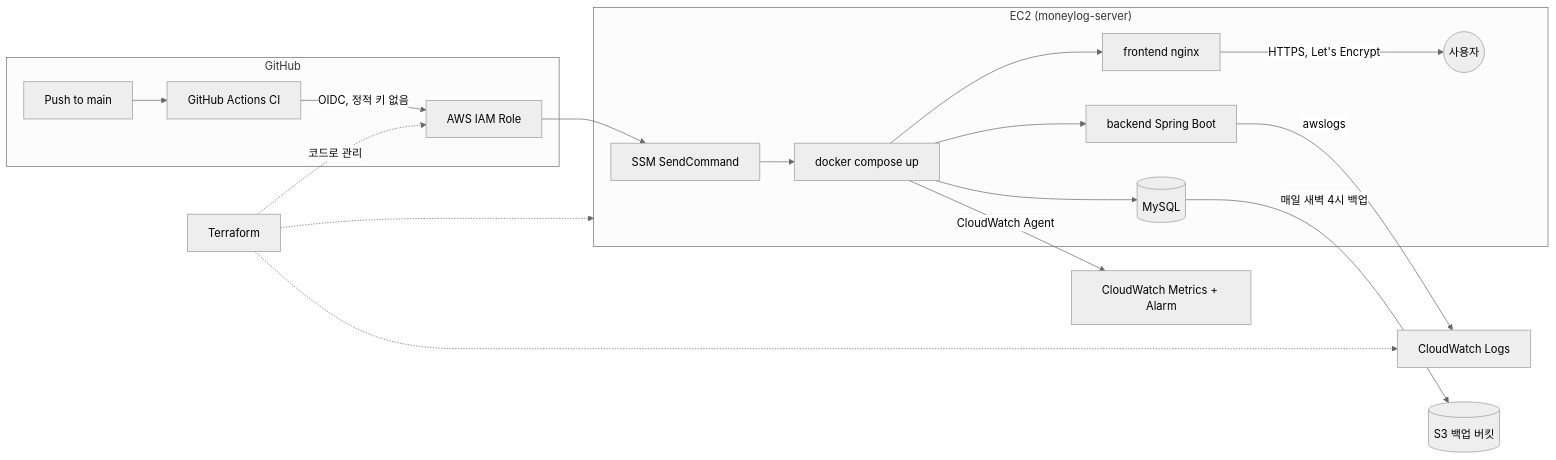
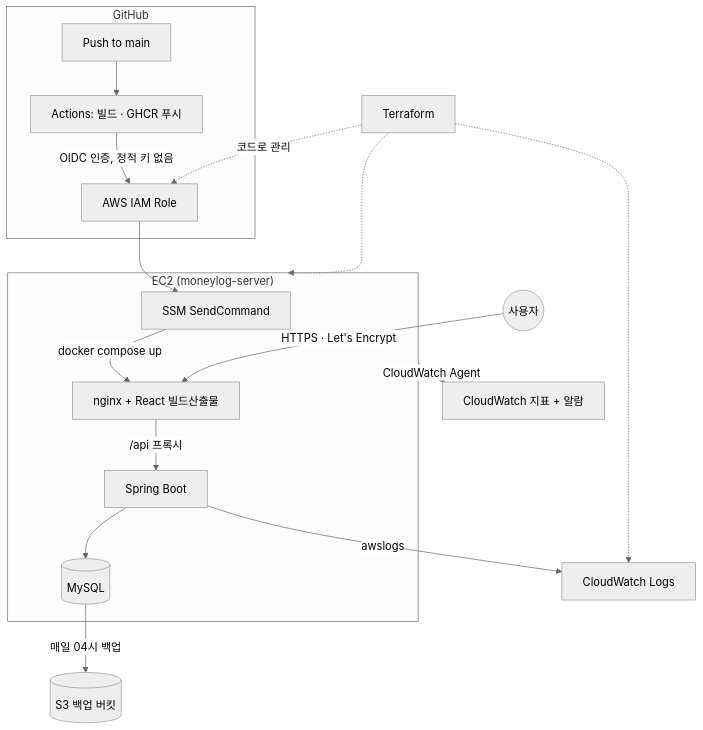
Before and after one commit to DANIELSUNWOO/moneylog: the diagram in README.md, drawn with Mermaid (neutral theme). The commit also changed other lines of this file and 1 other file, not shown here.

Commit message:
Fix README accuracy and fill in requirements placeholders (#14)

````diff
--- a/README.md
+++ b/README.md
@@ -50,21 +50,25 @@
 ```mermaid
-flowchart LR
+flowchart TB
+    U((사용자))
+
     subgraph GH["GitHub"]
-        A[Push to main] --> B[GitHub Actions CI]
-        B -->|OIDC, 정적 키 없음| C[AWS IAM Role]
+        A[Push to main] --> B[Actions: 빌드 · GHCR 푸시]
+        B -->|OIDC 인증, 정적 키 없음| C[AWS IAM Role]
     end
+
     C --> D[SSM SendCommand]
+
     subgraph EC2["EC2 (moneylog-server)"]
-        D --> E[docker compose up]
-        E --> F[frontend nginx]
-        E --> G[backend Spring Boot]
-        E --> H[(MySQL)]
-        F -->|HTTPS, Let's Encrypt| I((사용자))
+        D -->|docker compose up| F[nginx + React 빌드산출물]
+        F -->|/api 프록시| G[Spring Boot]
+        G --> H[(MySQL)]
     end
+
+    U -->|HTTPS · Let's Encrypt| F
     G -->|awslogs| J[CloudWatch Logs]
-    E -->|CloudWatch Agent| K[CloudWatch Metrics + Alarm]
-    H -->|매일 새벽 4시 백업| L[(S3 백업 버킷)]
+    EC2 -->|CloudWatch Agent| K[CloudWatch 지표 + 알람]
+    H -->|매일 04시 백업| L[(S3 백업 버킷)]
     M[Terraform] -.코드로 관리.-> C
     M -.-> EC2
     M -.-> J
 ```
````
